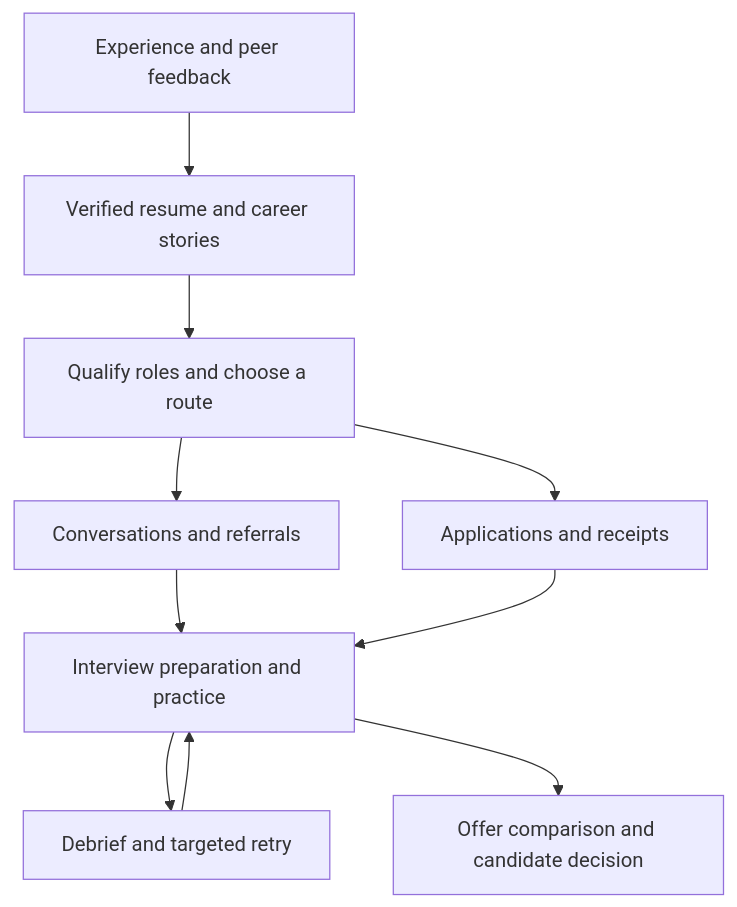
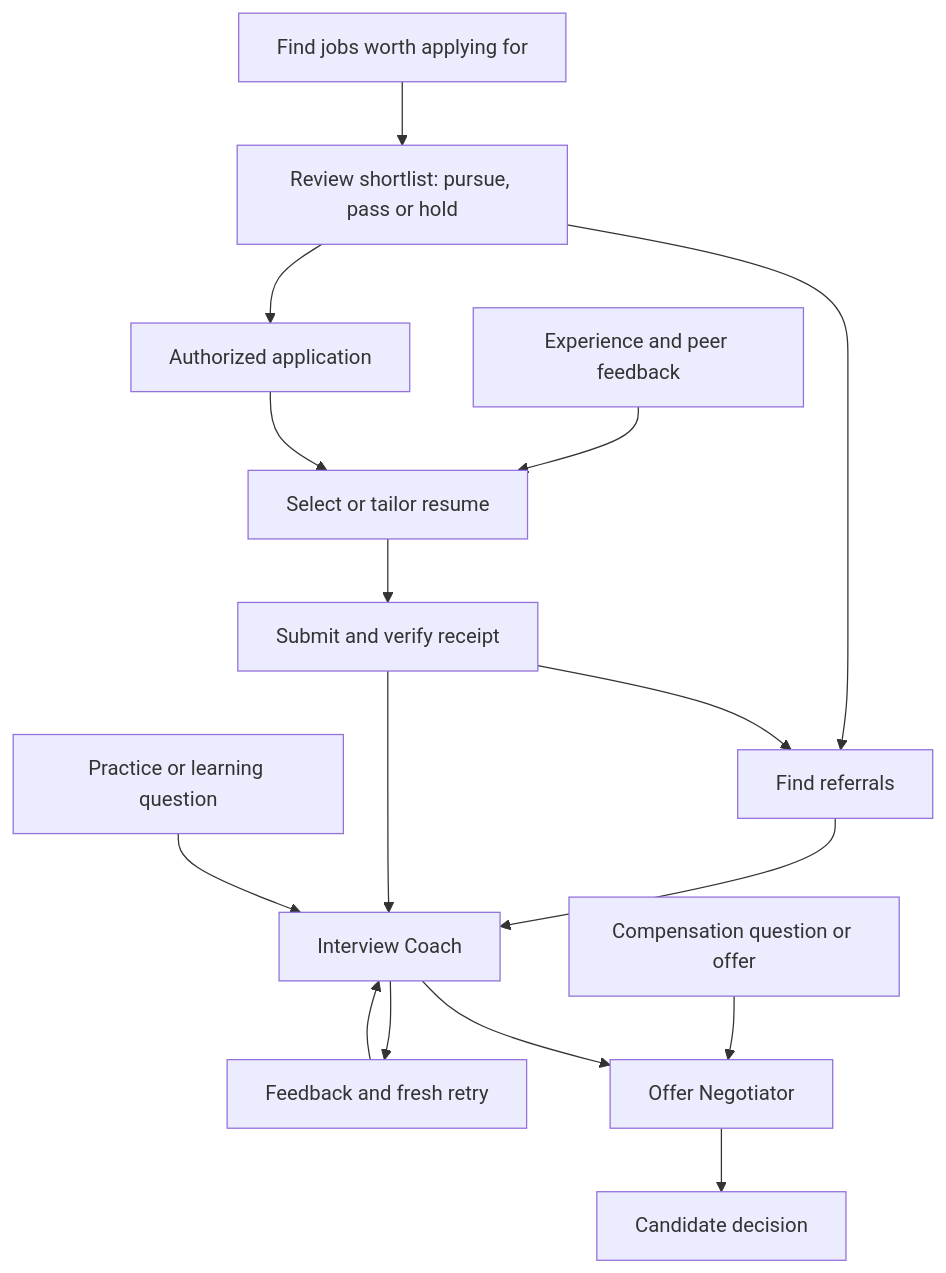
One commit to shashu10/job-search-skills changed the diagram in README.md. Above: the diagram before and after it, drawn with Mermaid. The commit also changed other lines of this file and 29 other files, not shown here.

````diff
--- a/README.md
+++ b/README.md
@@ -49,12 +61,18 @@
 ```mermaid
 flowchart TD
-  E[Experience and peer feedback] --> R[Verified resume and career stories]
-  R --> J[Qualify roles and choose a route]
-  J --> C[Conversations and referrals]
-  J --> A[Applications and receipts]
-  C --> I[Interview preparation and practice]
-  A --> I
-  I --> D[Debrief and targeted retry]
+  J[Find jobs worth applying for] --> Q[Review shortlist: pursue, pass or hold]
+  Q --> C[Find referrals]
+  Q --> A[Authorized application]
+  E[Experience and peer feedback] --> R[Select or tailor resume]
+  A --> R
+  R --> S[Submit and verify receipt]
+  S --> C
+  C --> I[Interview Coach]
+  S --> I
+  P[Practice or learning question] --> I
+  I --> D[Feedback and fresh retry]
   D --> I
-  I --> O[Offer comparison and candidate decision]
+  N[Compensation question or offer] --> O[Offer Negotiator]
+  I --> O
+  O --> U[Candidate decision]
 ```
````
